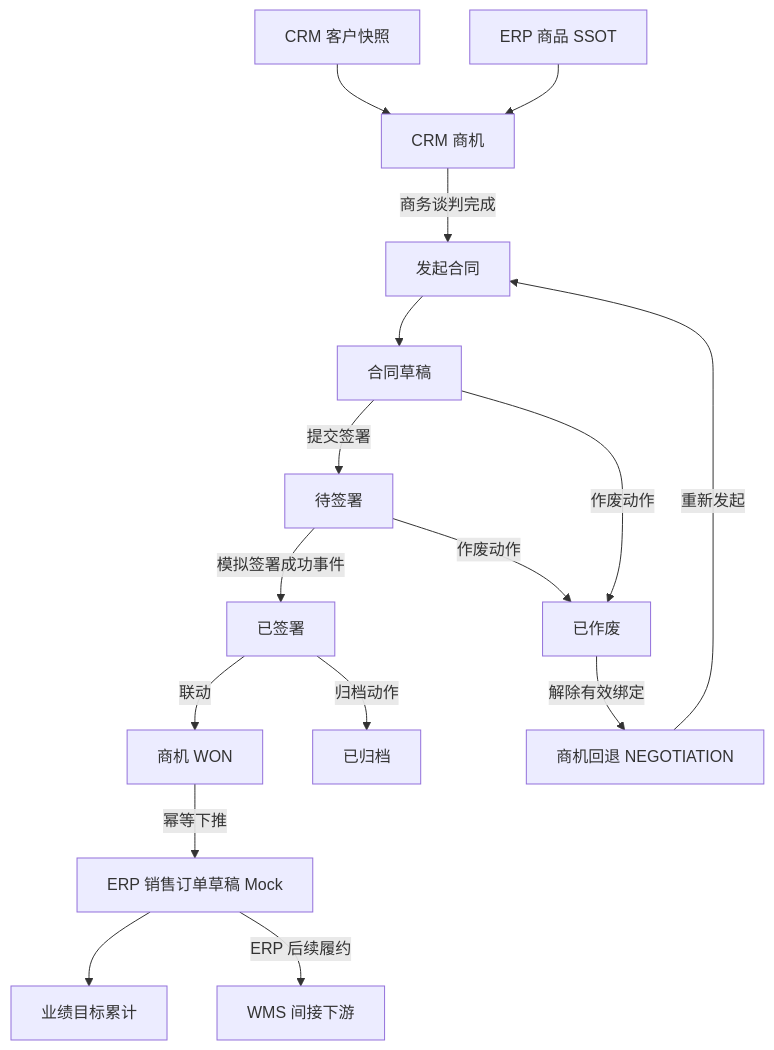
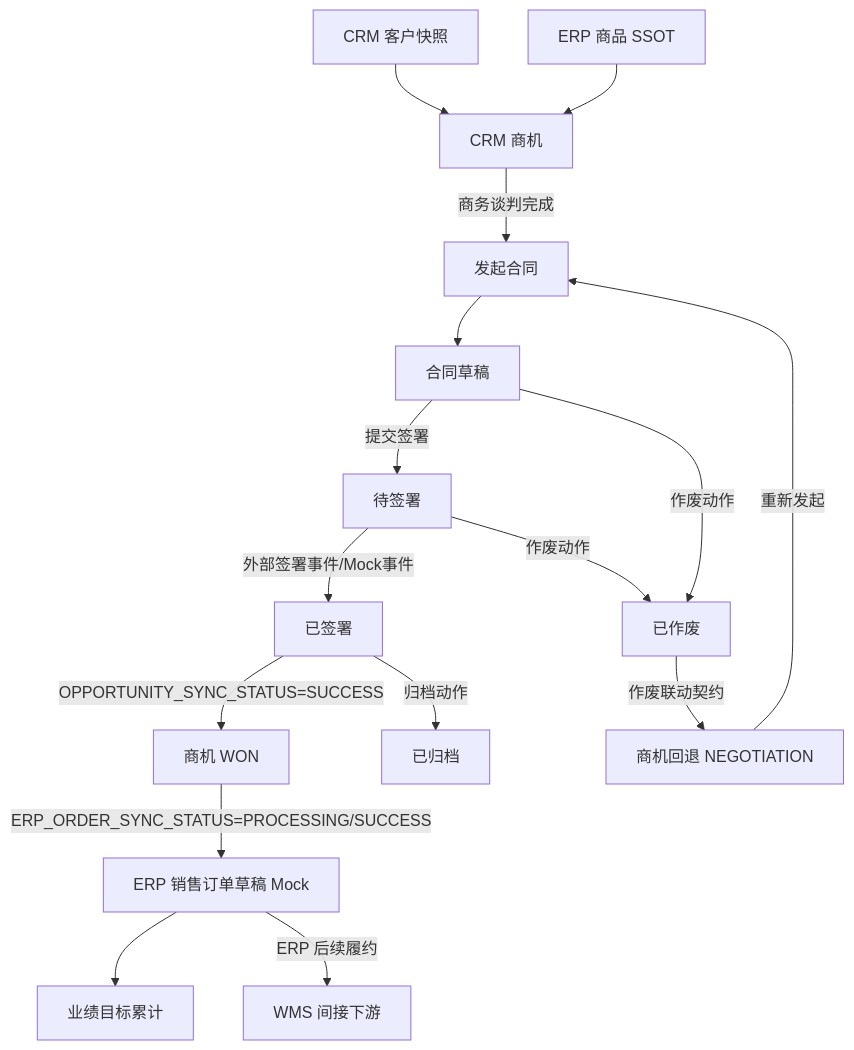
Before and after one commit to lophyJessica/forge-crm: the first of 3 diagrams in prd-docs/合同管理/合同主PRD.md, drawn with Mermaid. The commit also changed other lines of this file and 42 other files, not shown here.

````diff
--- a/prd-docs/合同管理/合同主PRD.md
+++ b/prd-docs/合同管理/合同主PRD.md
@@ -94,18 +94,18 @@
 ```mermaid
 flowchart TD
     A["CRM 客户快照"] --> B["CRM 商机"]
     C["ERP 商品 SSOT"] --> B
     B -->|商务谈判完成| D["发起合同"]
     D --> E["合同草稿"]
     E -->|提交签署| F["待签署"]
-    F -->|模拟签署成功事件| G["已签署"]
-    G -->|联动| H["商机 WON"]
-    H -->|幂等下推| I["ERP 销售订单草稿 Mock"]
+    F -->|外部签署事件/Mock事件| G["已签署"]
+    G -->|OPPORTUNITY_SYNC_STATUS=SUCCESS| H["商机 WON"]
+    H -->|ERP_ORDER_SYNC_STATUS=PROCESSING/SUCCESS| I["ERP 销售订单草稿 Mock"]
     I --> J["业绩目标累计"]
     G -->|归档动作| K["已归档"]
     E -->|作废动作| L["已作废"]
     F -->|作废动作| L
-    L -->|解除有效绑定| M["商机回退 NEGOTIATION"]
+    L -->|作废联动契约| M["商机回退 NEGOTIATION"]
     M -->|重新发起| D
     I -->|ERP 后续履约| N["WMS 间接下游"]
 ```
````
